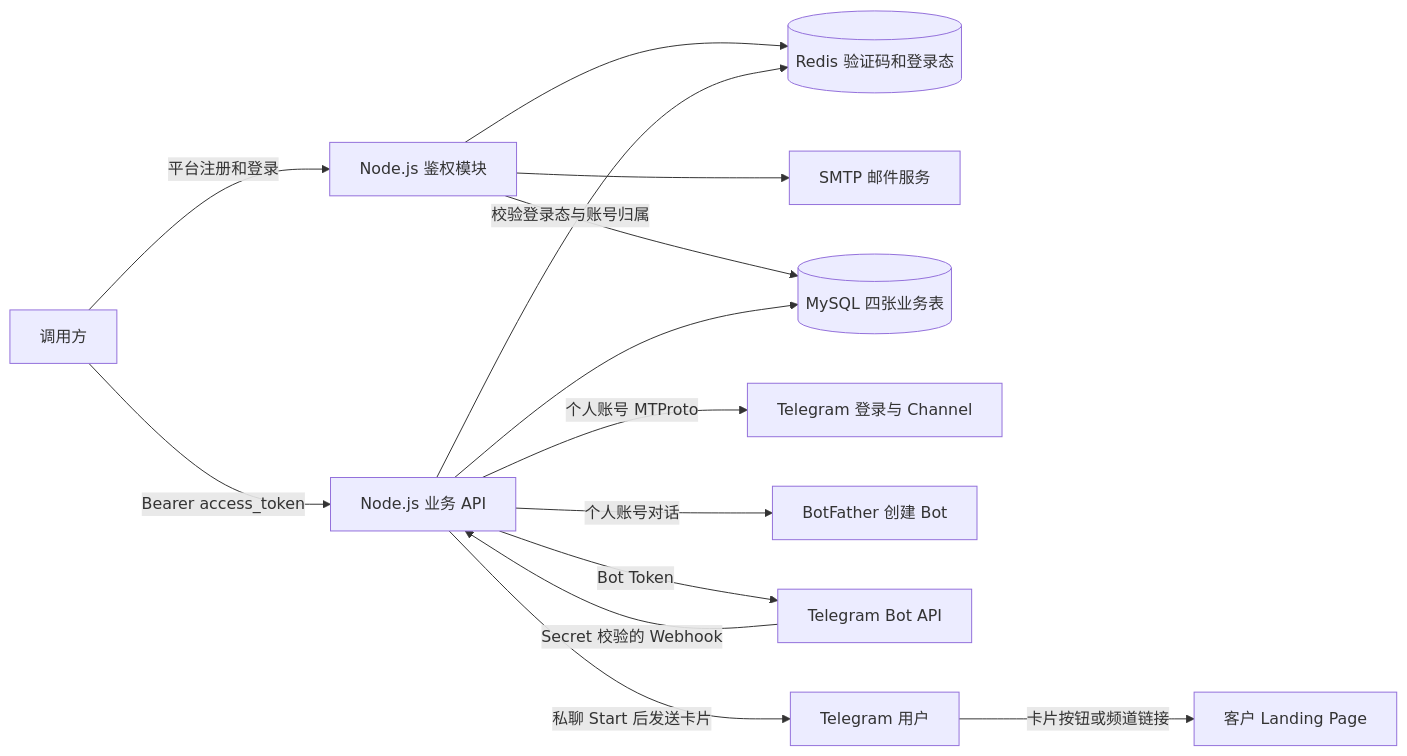
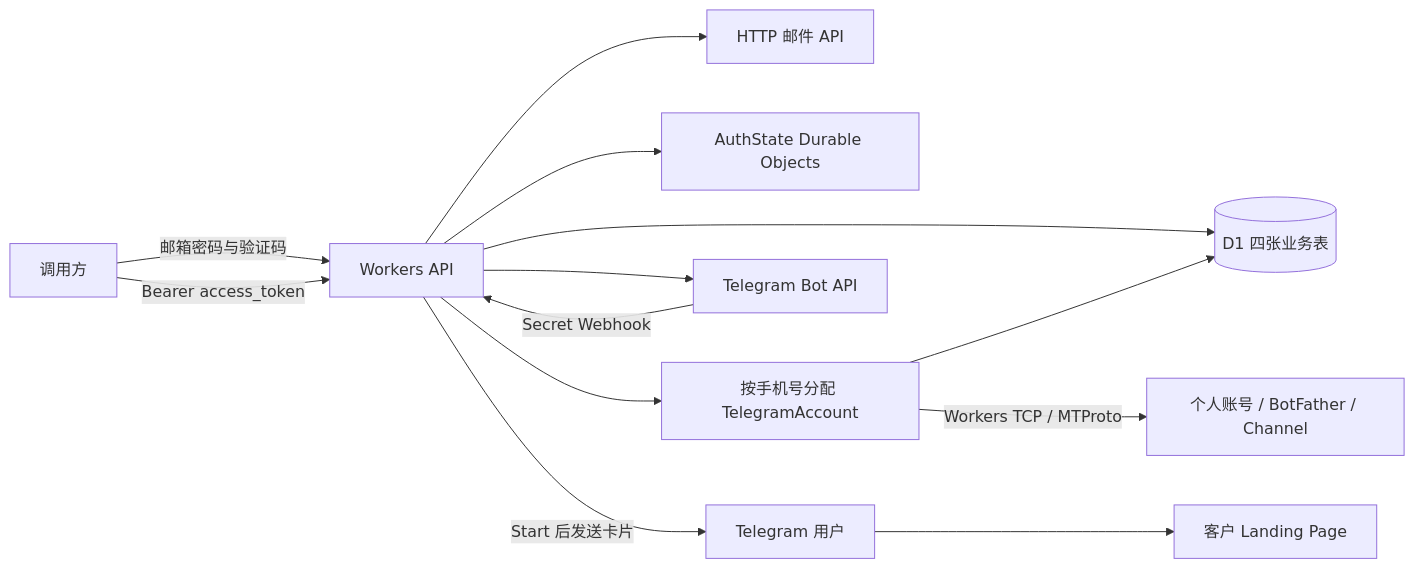
The diagram in README.md (gatherstar101/telegram-card-bot), drawn with Mermaid before and after one commit. The commit also changed other lines of this file and 32 other files, not shown here.

Commit message:
feat: add Cloudflare Workers API with D1 and Durable Objects

````diff
--- a/README.md
+++ b/README.md
@@ -48,16 +24,15 @@
 ```mermaid
 flowchart LR
-    Client[调用方] -->|平台注册和登录| Auth[Node.js 鉴权模块]
-    Client -->|Bearer access_token| API[Node.js 业务 API]
-    Auth --> Redis[(Redis 验证码和登录态)]
-    Auth --> SMTP[SMTP 邮件服务]
-    Auth --> MySQL[(MySQL 四张业务表)]
-    API -->|校验登录态与账号归属| Redis
-    API --> MySQL
-    API -->|个人账号 MTProto| Telegram[Telegram 登录与 Channel]
-    API -->|个人账号对话| Father[BotFather 创建 Bot]
-    API -->|Bot Token| BotAPI[Telegram Bot API]
-    BotAPI -->|Secret 校验的 Webhook| API
-    API -->|私聊 Start 后发送卡片| EndUser[Telegram 用户]
-    EndUser -->|卡片按钮或频道链接| Landing[客户 Landing Page]
+    Client[调用方] -->|邮箱密码与验证码| Worker[Workers API]
+    Worker --> Mail[HTTP 邮件 API]
+    Worker --> Auth[AuthState Durable Objects]
+    Worker --> D1[(D1 四张业务表)]
+    Client -->|Bearer access_token| Worker
+    Worker --> Actor[按手机号分配 TelegramAccount]
+    Actor --> D1
+    Actor -->|Workers TCP / MTProto| Telegram[个人账号 / BotFather / Channel]
+    Worker --> BotAPI[Telegram Bot API]
+    BotAPI -->|Secret Webhook| Worker
+    Worker -->|Start 后发送卡片| EndUser[Telegram 用户]
+    EndUser --> Landing[客户 Landing Page]
 ```
````
